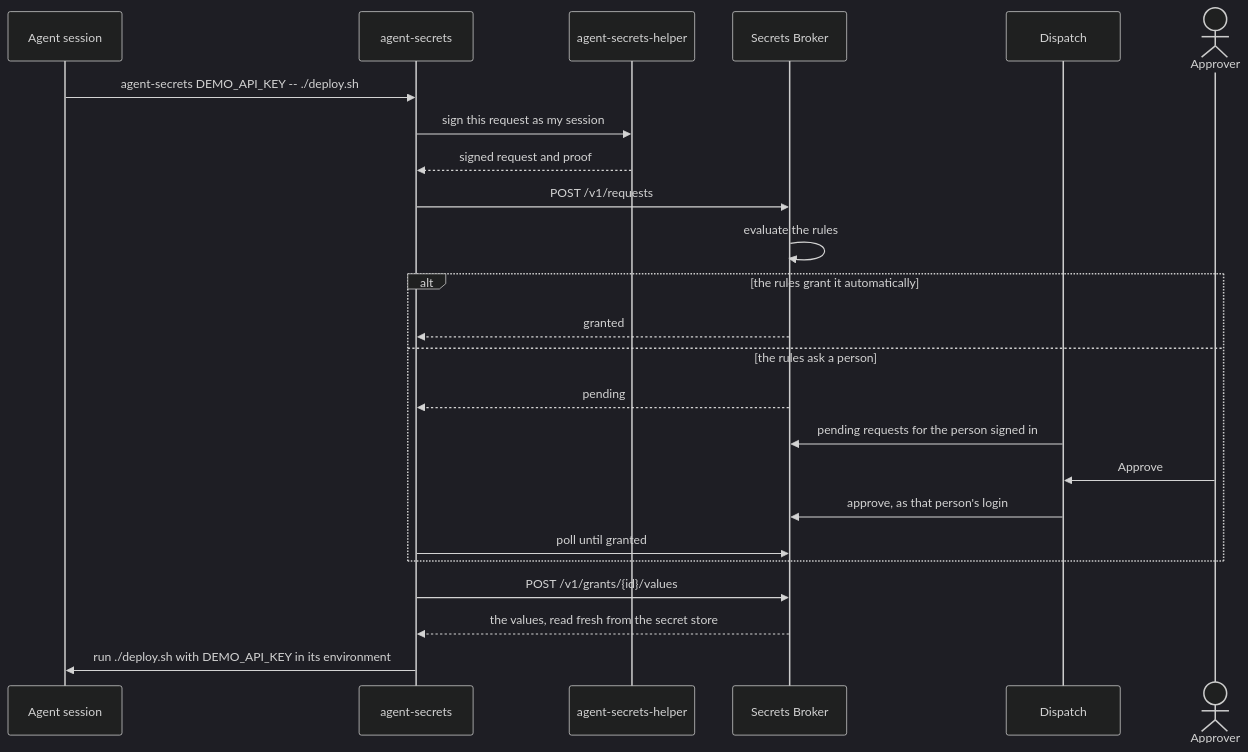
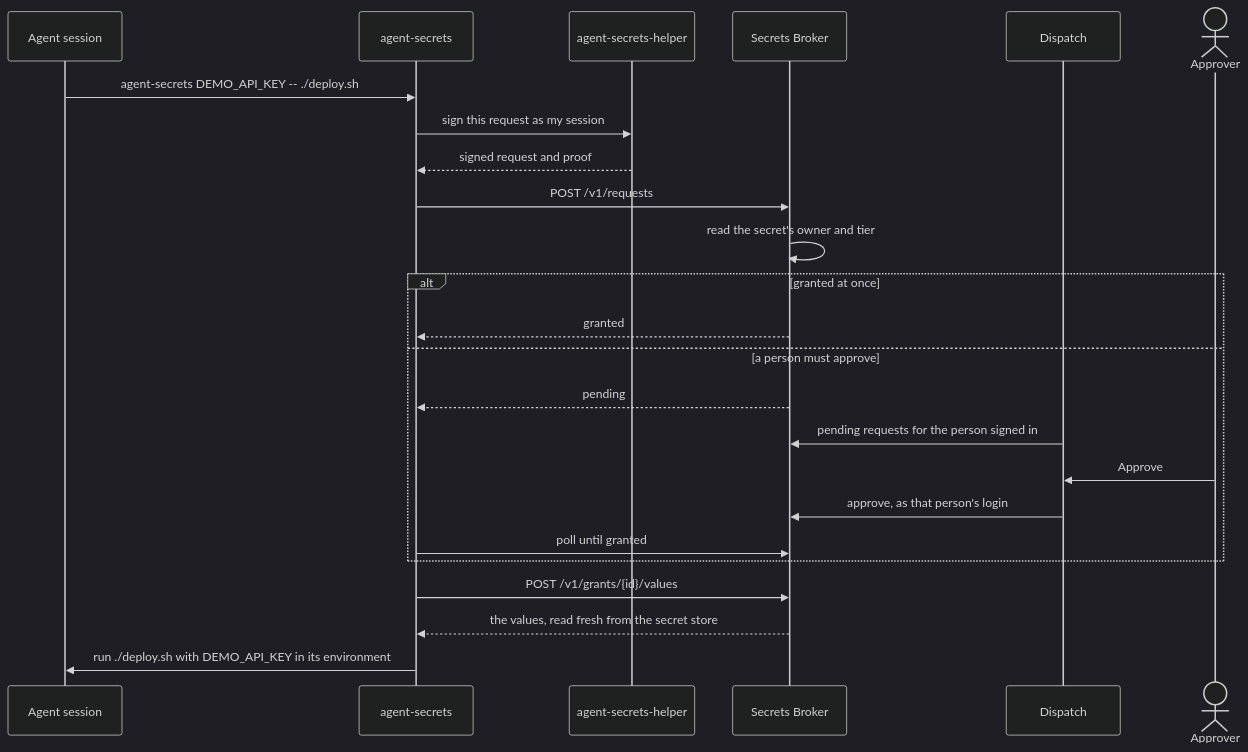
One commit to sjawhar/legion changed the diagram in docs/site/src/content/docs/broker/index.md. Above: the diagram before and after it, drawn with Mermaid (dark theme). The commit also changed other lines of this file and 22 other files, not shown here.

First line of the commit message:
docs(agent-secrets): the broker's docs, dev stack and media rig read owner and tier from tags

````diff
--- a/docs/site/src/content/docs/broker/index.md
+++ b/docs/site/src/content/docs/broker/index.md
@@ -40,26 +40,26 @@
 ```mermaid
 sequenceDiagram
     participant Agent as Agent session
     participant CLI as agent-secrets
     participant Helper as agent-secrets-helper
     participant Broker as Secrets Broker
     participant Dispatch
     actor Person as Approver
     Agent->>CLI: agent-secrets DEMO_API_KEY -- ./deploy.sh
     CLI->>Helper: sign this request as my session
     Helper-->>CLI: signed request and proof
     CLI->>Broker: POST /v1/requests
-    Broker->>Broker: evaluate the rules
-    alt the rules grant it automatically
+    Broker->>Broker: read the secret's owner and tier
+    alt granted at once
         Broker-->>CLI: granted
-    else the rules ask a person
+    else a person must approve
         Broker-->>CLI: pending
         Dispatch->>Broker: pending requests for the person signed in
         Person->>Dispatch: Approve
         Dispatch->>Broker: approve, as that person's login
         CLI->>Broker: poll until granted
     end
     CLI->>Broker: POST /v1/grants/{id}/values
     Broker-->>CLI: the values, read fresh from the secret store
     CLI->>Agent: run ./deploy.sh with DEMO_API_KEY in its environment
 ```
````
